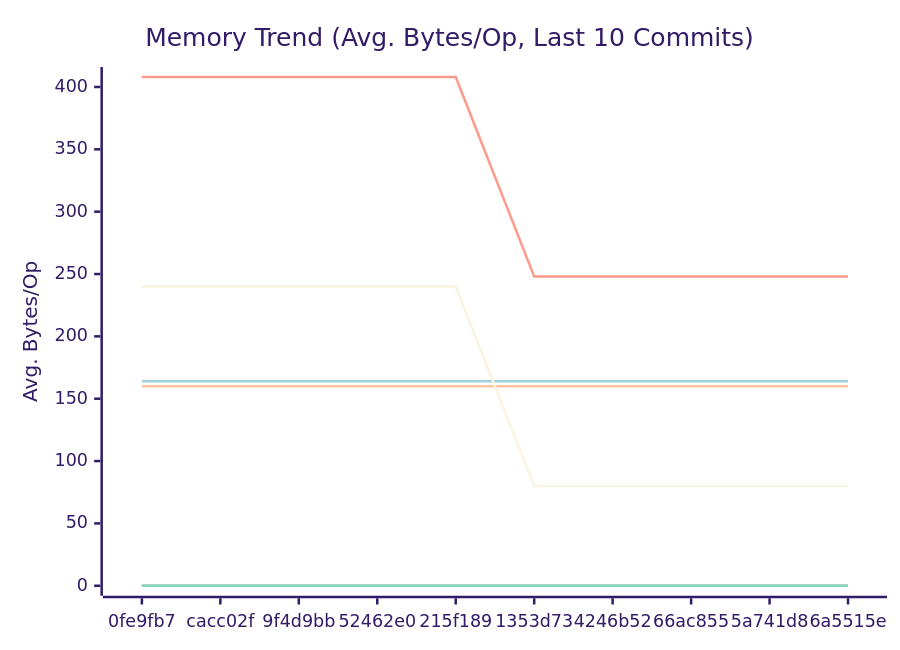
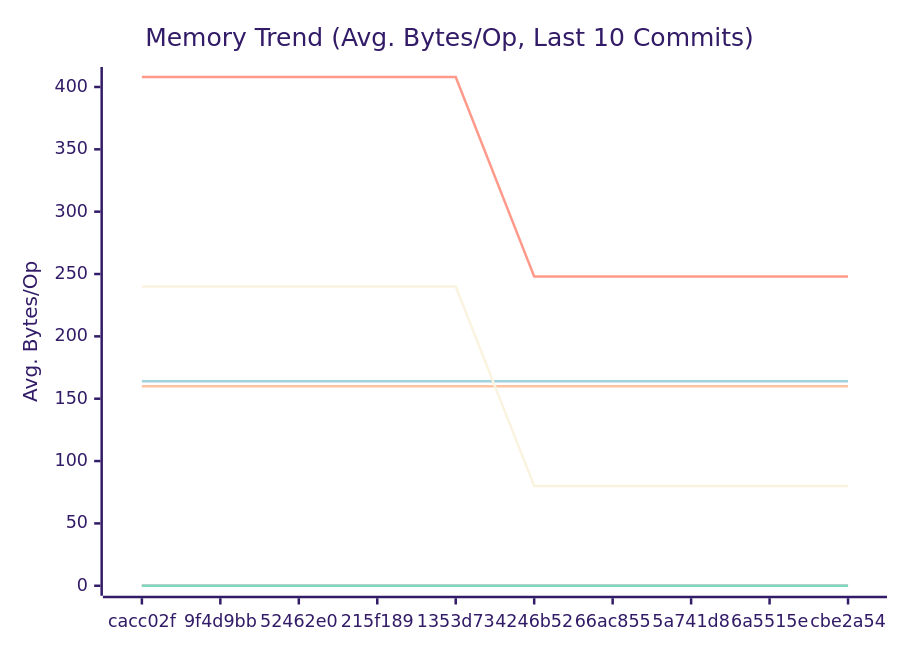
One commit to alsotoes/momo changed the second of 3 diagrams in docs/PERFORMANCE.md. Above: the diagram before and after it, drawn with Mermaid (forest theme). The commit also changed other lines of this file and 2 other files, not shown here.

````diff
--- a/docs/PERFORMANCE.md
+++ b/docs/PERFORMANCE.md
@@ -97,16 +97,16 @@
 ```mermaid
 xychart-beta
     title "Memory Trend (Avg. Bytes/Op, Last 10 Commits)"
     x-axis "Commit"
     y-axis "Avg. Bytes/Op"
-    x-axis [0fe9fb7,cacc02f,9f4d9bb,52462e0,215f189,1353d73,4246b52,66ac855,5a741d8,6a5515e]
+    x-axis [cacc02f,9f4d9bb,52462e0,215f189,1353d73,4246b52,66ac855,5a741d8,6a5515e,cbe2a54]
     line "CheckMetricsAndSwap" [0,0,0,0,0,0,0,0,0,0]
     line "CrushOptimized" [0,0,0,0,0,0,0,0,0,0]
     line "CrushOriginal" [164,164,164,164,164,164,164,164,164,164]
     line "IndexDirectTracking" [0,0,0,0,0,0,0,0,0,0]
     line "IndexSearch" [0,0,0,0,0,0,0,0,0,0]
     line "LoadGlobalConfig" [160,160,160,160,160,160,160,160,160,160]
     line "PadString" [0,0,0,0,0,0,0,0,0,0]
     line "ParseReplicationOrder_NoPrealloc" [408,408,408,408,408,248,248,248,248,248]
     line "ParseReplicationOrder_Prealloc" [240,240,240,240,240,80,80,80,80,80]
 ```
````
